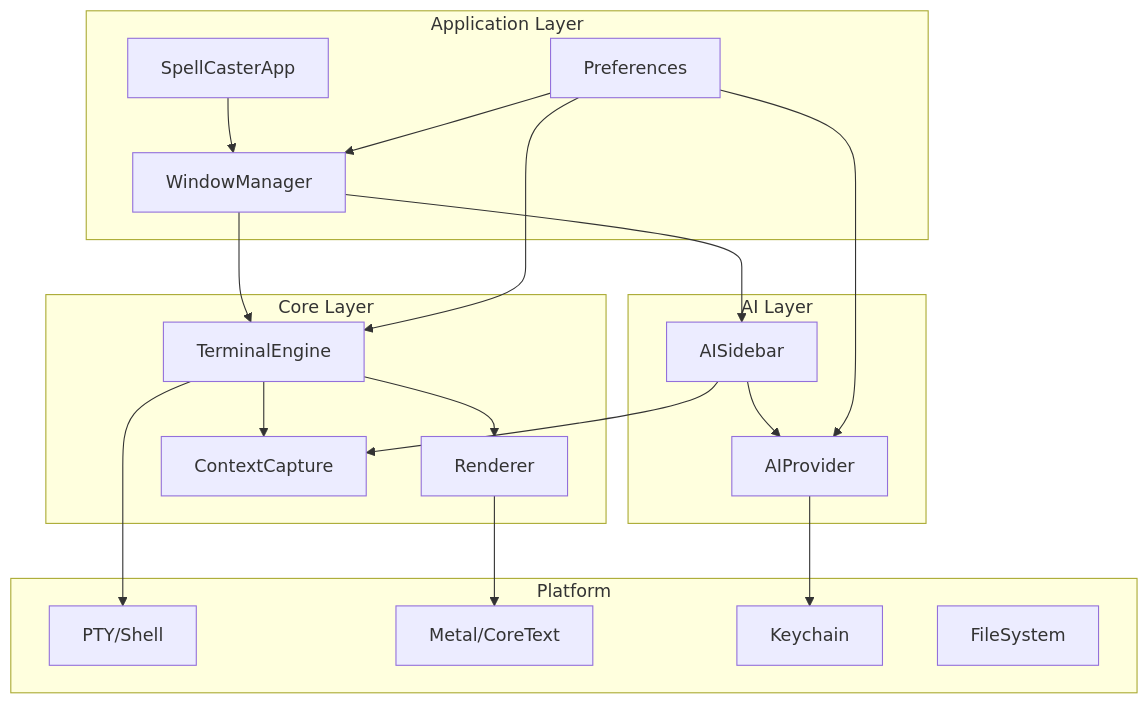
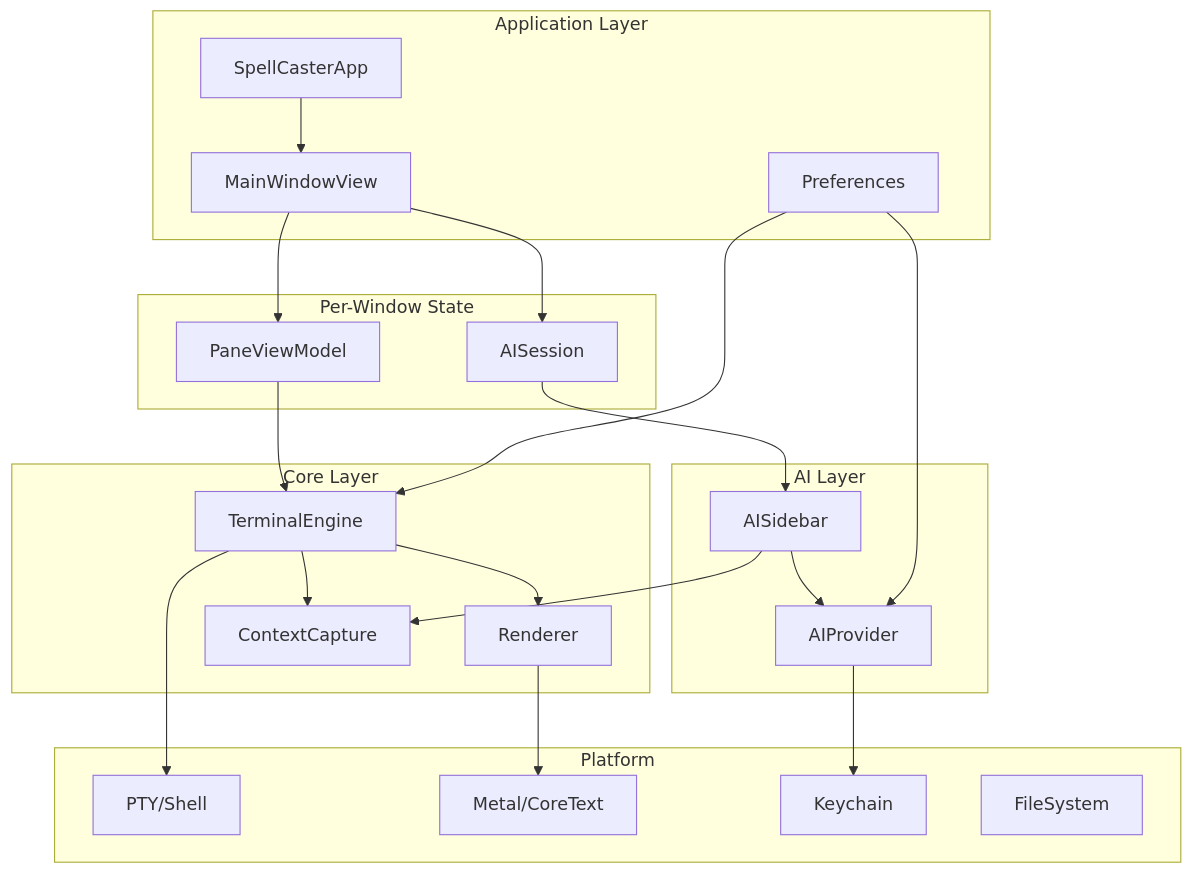
Before and after one commit to Singularity-Coder/Spell-Caster: the first of 5 diagrams in spellcaster/docs/architecture/01-overall-architecture.md, drawn with Mermaid. The commit also changed other lines of this file and 2 other files, not shown here.

````diff
--- a/spellcaster/docs/architecture/01-overall-architecture.md
+++ b/spellcaster/docs/architecture/01-overall-architecture.md
@@ -17,40 +17,46 @@
 ```mermaid
 graph TB
     subgraph Application Layer
         App[SpellCasterApp]
-        WM[WindowManager]
+        MWV[MainWindowView]
         Prefs[Preferences]
+    end
+    
+    subgraph Per-Window State
+        PVM[PaneViewModel]
+        AIS[AISession]
     end
     
     subgraph Core Layer
         TE[TerminalEngine]
         R[Renderer]
         CC[ContextCapture]
     end
     
     subgraph AI Layer
         AS[AISidebar]
         AP[AIProvider]
     end
     
     subgraph Platform
         PTY[PTY/Shell]
         Metal[Metal/CoreText]
         Keychain[Keychain]
         FS[FileSystem]
     end
     
-    App --> WM
-    WM --> TE
-    WM --> AS
+    App --> MWV
+    MWV --> PVM
+    MWV --> AIS
+    PVM --> TE
     TE --> R
     TE --> CC
+    AIS --> AS
     AS --> AP
     AS --> CC
     AP --> Keychain
     TE --> PTY
     R --> Metal
-    Prefs --> WM
     Prefs --> TE
     Prefs --> AP
 ```
````
